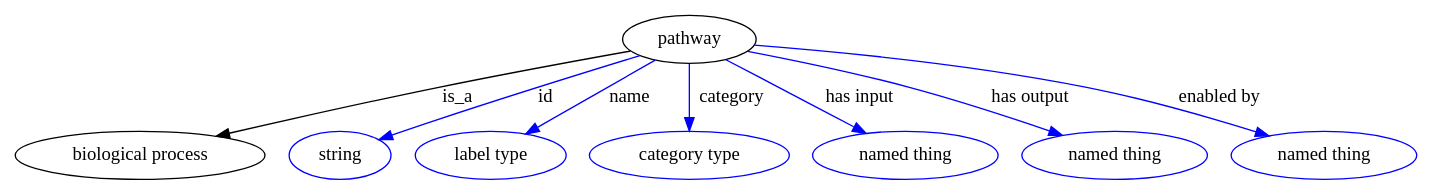
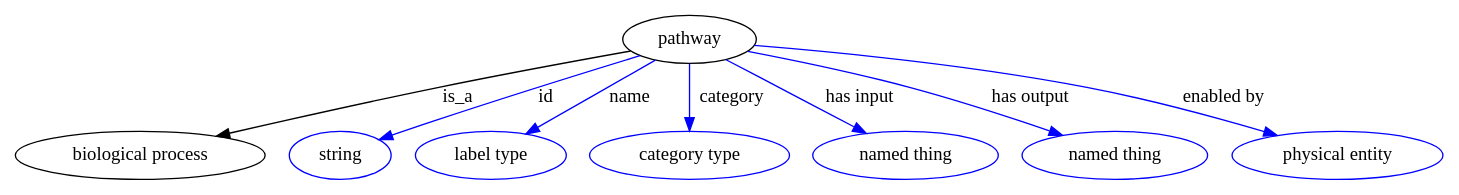
The diagram in graphviz/pathway.gv (biolink/biolink-model), drawn with Graphviz before and after one commit. The commit also changed 14 other files, not shown here.

```diff
--- a/graphviz/pathway.gv
+++ b/graphviz/pathway.gv
@@ -1,74 +1,74 @@
 digraph {
-	graph [bb="0,0,856.99,123"];
+	graph [bb="0,0,872.14,123"];
 	node [label="\N"];
 	pathway	 [height=0.5,
 		label=pathway,
 		pos="413.74,105",
 		width=1.1193];
 	"biological process"	 [height=0.5,
 		pos="74.743,18",
 		width=2.0762];
 	pathway -> "biological process"	 [label=is_a,
 		lp="271.74,61.5",
 		pos="e,123.18,31.802 377.48,96.861 346.42,89.795 300.54,79.135 260.74,69 217.89,58.086 169.74,44.858 133.17,34.609"];
 	id	 [color=blue,
 		height=0.5,
 		label=string,
 		pos="197.74,18",
 		width=0.84854];
 	pathway -> id	 [color=blue,
 		label=id,
 		lp="325.24,61.5",
 		pos="e,222.2,29.234 382.72,93.366 347.41,80.005 288.11,57.191 237.74,36 235.69,35.136 233.58,34.235 231.46,33.316",
 		style=solid];
 	name	 [color=blue,
 		height=0.5,
 		label="label type",
 		pos="291.74,18",
 		width=1.2638];
 	pathway -> name	 [color=blue,
 		label=name,
 		lp="376.24,61.5",
 		pos="e,313.88,33.787 392.21,89.646 372.77,75.78 343.94,55.225 322.15,39.684",
 		style=solid];
 	category	 [color=blue,
 		height=0.5,
 		label="category type",
 		pos="413.74,18",
 		width=1.6249];
 	pathway -> category	 [color=blue,
 		label=category,
 		lp="437.24,61.5",
 		pos="e,413.74,36.003 413.74,86.974 413.74,75.192 413.74,59.561 413.74,46.158",
 		style=solid];
 	"has input"	 [color=blue,
 		height=0.5,
 		label="named thing",
 		pos="545.74,18",
 		width=1.5346];
 	pathway -> "has input"	 [color=blue,
 		label="has input",
 		lp="512.74,61.5",
 		pos="e,521.11,34.236 436.43,90.044 457.44,76.198 488.93,55.444 512.72,39.762",
 		style=solid];
 	"has output"	 [color=blue,
 		height=0.5,
 		label="named thing",
 		pos="673.74,18",
 		width=1.5346];
 	pathway -> "has output"	 [color=blue,
 		label="has output",
 		lp="611.24,61.5",
 		pos="e,639.6,32.214 448.78,96.102 474.66,89.3 510.64,79.356 541.74,69 571.61,59.055 604.65,46.289 630.2,36.017",
 		style=solid];
 	"enabled by"	 [color=blue,
 		height=0.5,
-		label="named thing",
-		pos="801.74,18",
-		width=1.5346];
+		label="physical entity",
+		pos="809.74,18",
+		width=1.7332];
 	pathway -> "enabled by"	 [color=blue,
 		label="enabled by",
-		lp="726.74,61.5",
-		pos="e,765.18,31.613 453.18,100.74 499.28,95.316 577.69,84.727 643.74,69 681.95,59.903 724.24,46.043 755.45,35.066",
+		lp="729.74,61.5",
+		pos="e,769.93,31.99 453.14,100.57 499.2,94.995 577.58,84.259 643.74,69 683.41,59.851 727.42,46.164 760.15,35.272",
 		style=solid];
 }
```
